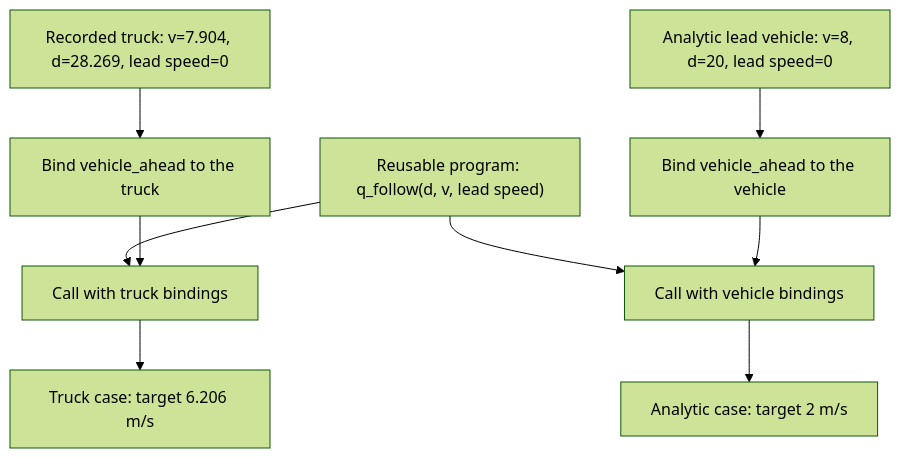
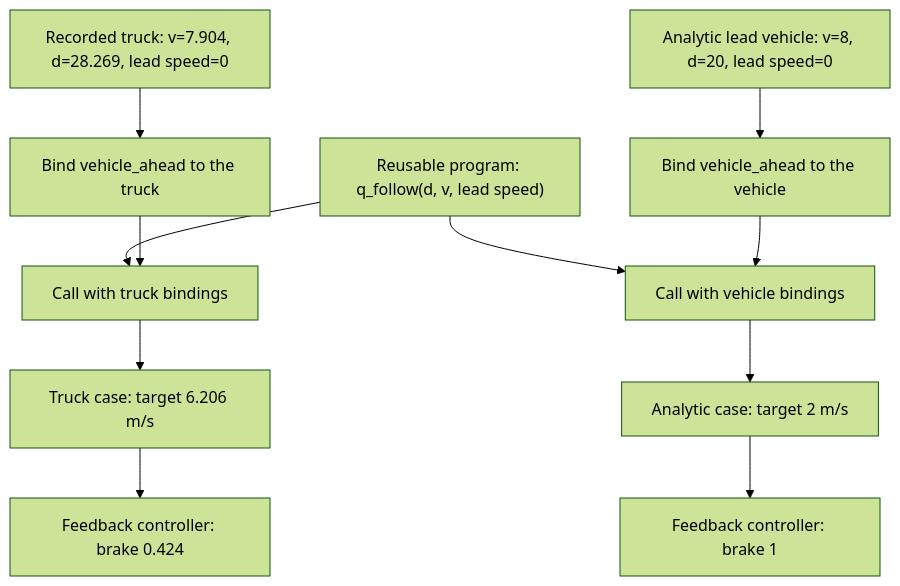
The second of 3 diagrams in README.md (Deceptrax123/Self-Driving-Symbolic-Policy), drawn with Mermaid (forest theme) before and after one commit.

Commit message:
Trace bound variables through braking commands

````diff
--- a/README.md
+++ b/README.md
@@ -82,11 +82,13 @@
 ```mermaid
 flowchart TD
     A["Recorded truck: v=7.904, d=28.269, lead speed=0"] --> GA["Bind vehicle_ahead to the truck"]
     B["Analytic lead vehicle: v=8, d=20, lead speed=0"] --> GB["Bind vehicle_ahead to the vehicle"]
     R["Reusable program: q_follow(d, v, lead speed)"] --> CA["Call with truck bindings"]
     R --> CB["Call with vehicle bindings"]
     GA --> CA
     GB --> CB
     CA --> OA["Truck case: target 6.206 m/s"]
     CB --> OB["Analytic case: target 2 m/s"]
+    OA --> AA["Feedback controller: brake 0.424"]
+    OB --> AB["Feedback controller: brake 1"]
 ```
````
